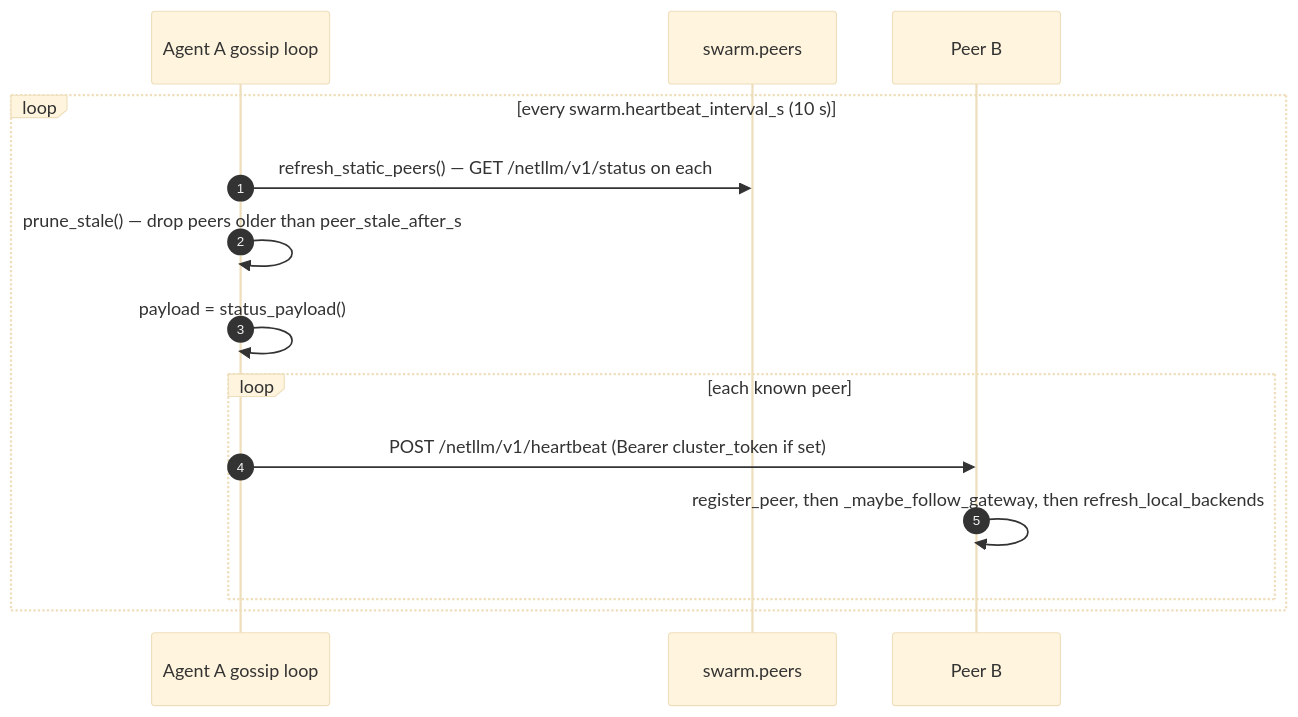
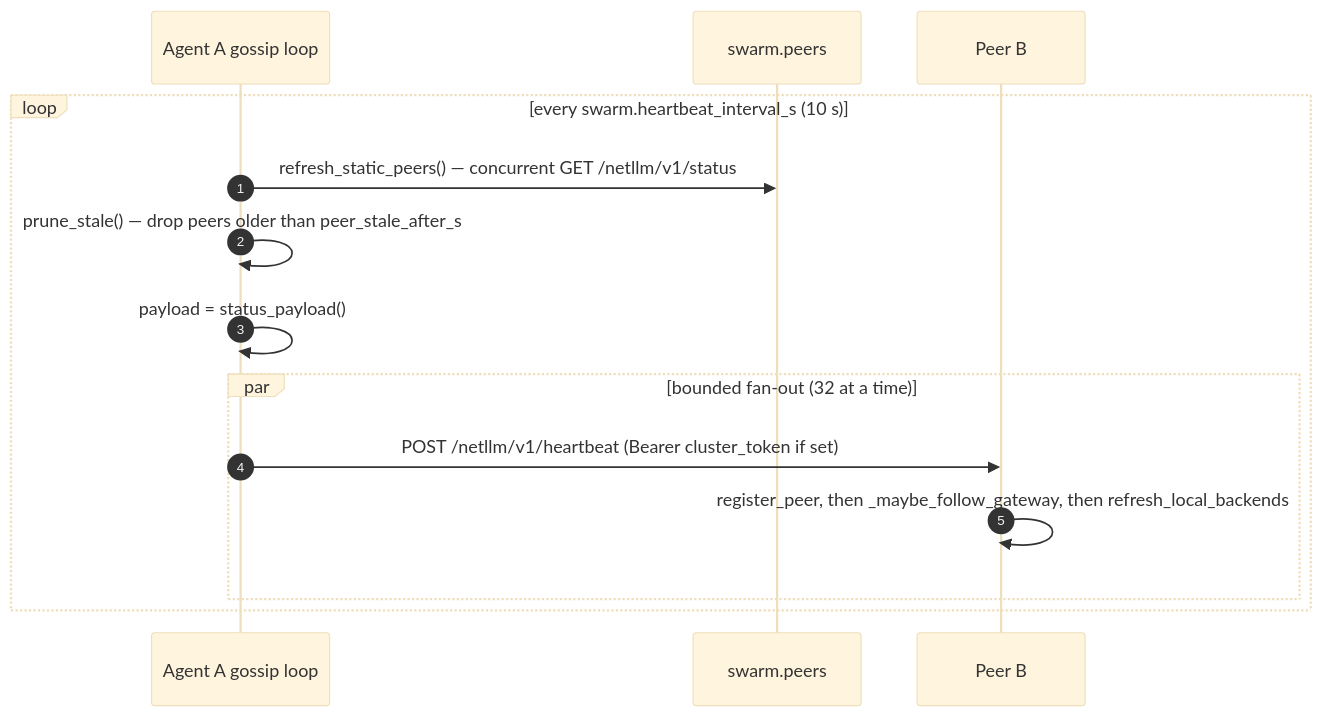
The third of 5 diagrams in docs/architecture/04-discovery-and-swarm.md (matthewdcage/llm-swarm-router), drawn with Mermaid (base theme) before and after one commit. The commit also changed other lines of this file and 4 other files, not shown here.

````diff
--- a/docs/architecture/04-discovery-and-swarm.md
+++ b/docs/architecture/04-discovery-and-swarm.md
@@ -79,17 +80,17 @@
 ```mermaid
 sequenceDiagram
     autonumber
     participant A as Agent A gossip loop
     participant CFG as swarm.peers
     participant B as Peer B
 
     loop every swarm.heartbeat_interval_s (10 s)
-        A->>CFG: refresh_static_peers() — GET /netllm/v1/status on each
+        A->>CFG: refresh_static_peers() — concurrent GET /netllm/v1/status
         A->>A: prune_stale() — drop peers older than peer_stale_after_s
         A->>A: payload = status_payload()
-        loop each known peer
+        par bounded fan-out (32 at a time)
             A->>B: POST /netllm/v1/heartbeat (Bearer cluster_token if set)
             B->>B: register_peer, then _maybe_follow_gateway, then refresh_local_backends
         end
     end
 ```
````
